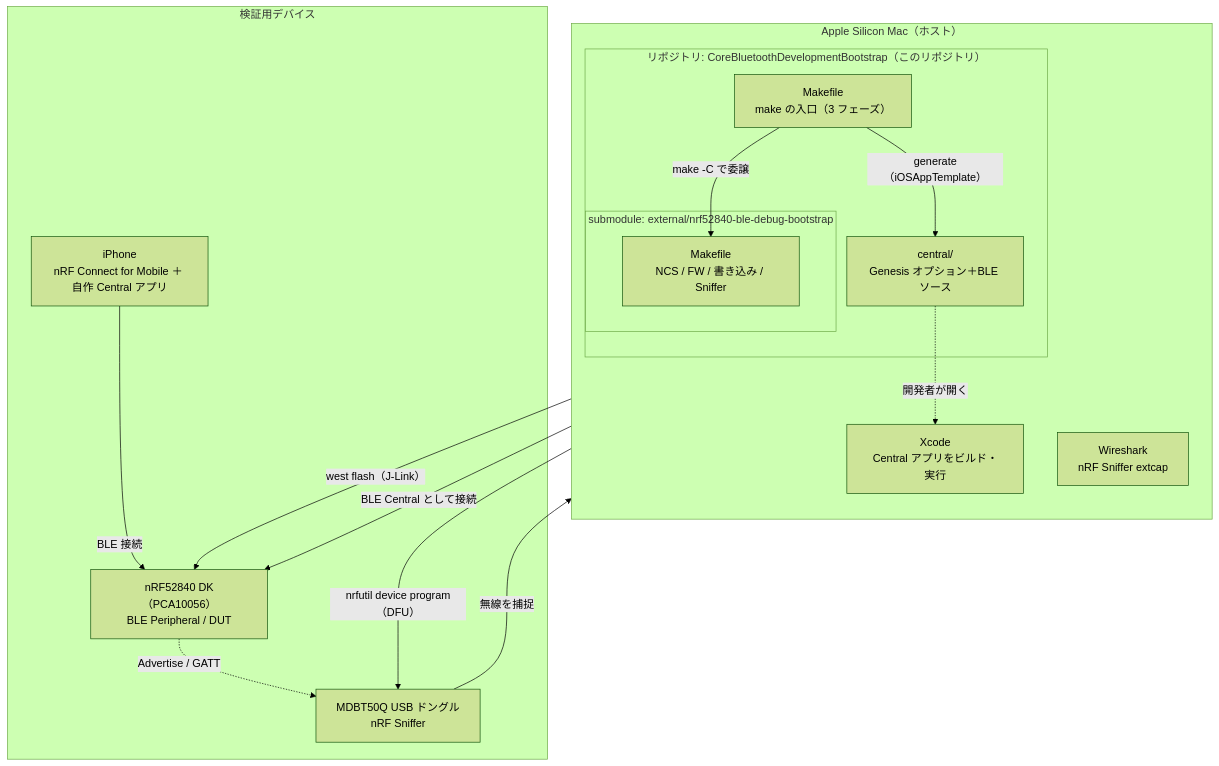
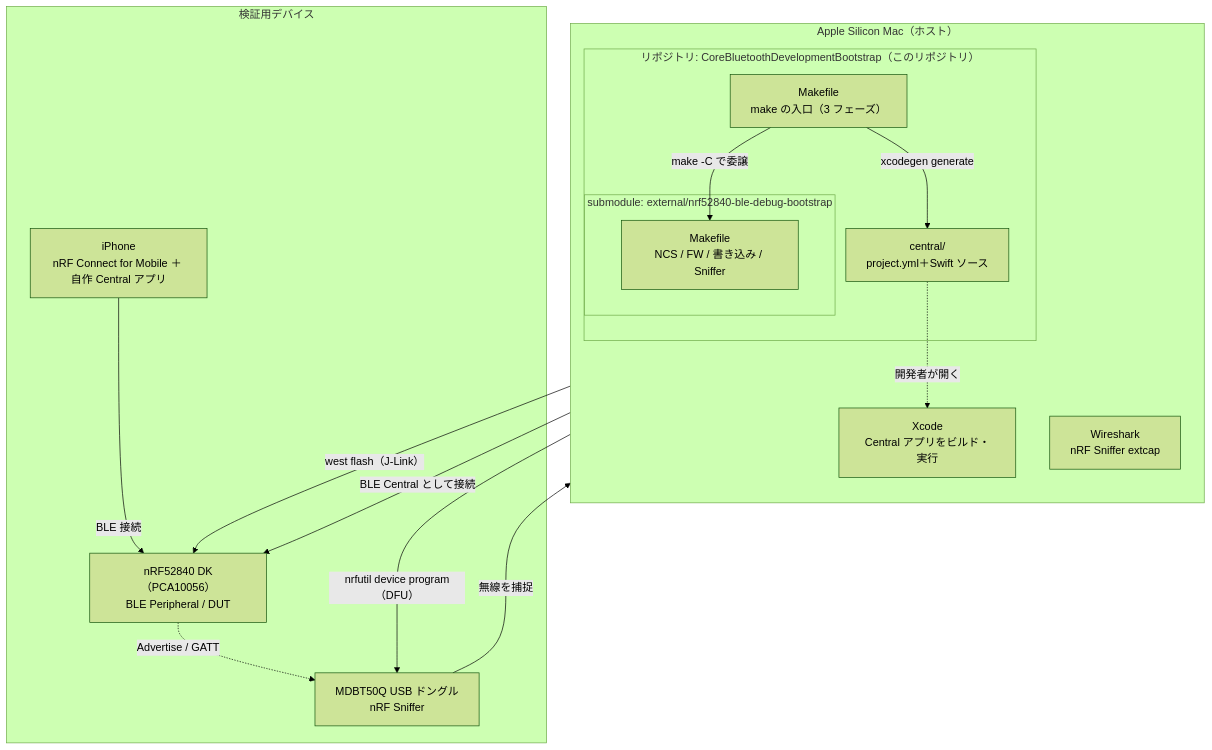
Before and after one commit to kokiTakashiki/CoreBluetoothDevelopmentBootstrap: the first of 4 diagrams in docs/DESIGN-001.md, drawn with Mermaid (forest theme). The commit also changed other lines of this file and 10 other files, not shown here.

First line of the commit message:
refactor(central): iOSAppTemplate への実行時依存を削除（project.yml＋Swift を固定）

````diff
--- a/docs/DESIGN-001.md
+++ b/docs/DESIGN-001.md
@@ -51,31 +51,31 @@
 ```mermaid
 flowchart TB
     subgraph host["Apple Silicon Mac（ホスト）"]
         direction TB
         subgraph parent["リポジトリ: CoreBluetoothDevelopmentBootstrap（このリポジトリ）"]
             mk["Makefile<br/>make の入口（3 フェーズ）"]
-            central["central/<br/>Genesis オプション＋BLE ソース"]
+            central["central/<br/>project.yml＋Swift ソース"]
             subgraph sub["submodule: external/nrf52840-ble-debug-bootstrap"]
                 cmk["Makefile<br/>NCS / FW / 書き込み / Sniffer"]
             end
             mk -->|"make -C で委譲"| cmk
-            mk -->|"generate（iOSAppTemplate）"| central
+            mk -->|"xcodegen generate"| central
         end
         xcode["Xcode<br/>Central アプリをビルド・実行"]
         wireshark["Wireshark<br/>nRF Sniffer extcap"]
         central -.->|開発者が開く| xcode
     end
 
     subgraph devices["検証用デバイス"]
         dk["nRF52840 DK（PCA10056）<br/>BLE Peripheral / DUT"]
         dongle["MDBT50Q USB ドングル<br/>nRF Sniffer"]
         iphone["iPhone<br/>nRF Connect for Mobile ＋ 自作 Central アプリ"]
     end
 
     cmk -->|"west flash（J-Link）"| dk
     cmk -->|"nrfutil device program（DFU）"| dongle
     xcode -->|"BLE Central として接続"| dk
     iphone -->|"BLE 接続"| dk
     dongle -->|"無線を捕捉"| wireshark
     dk -.->|"Advertise / GATT"| dongle
 ```
````
